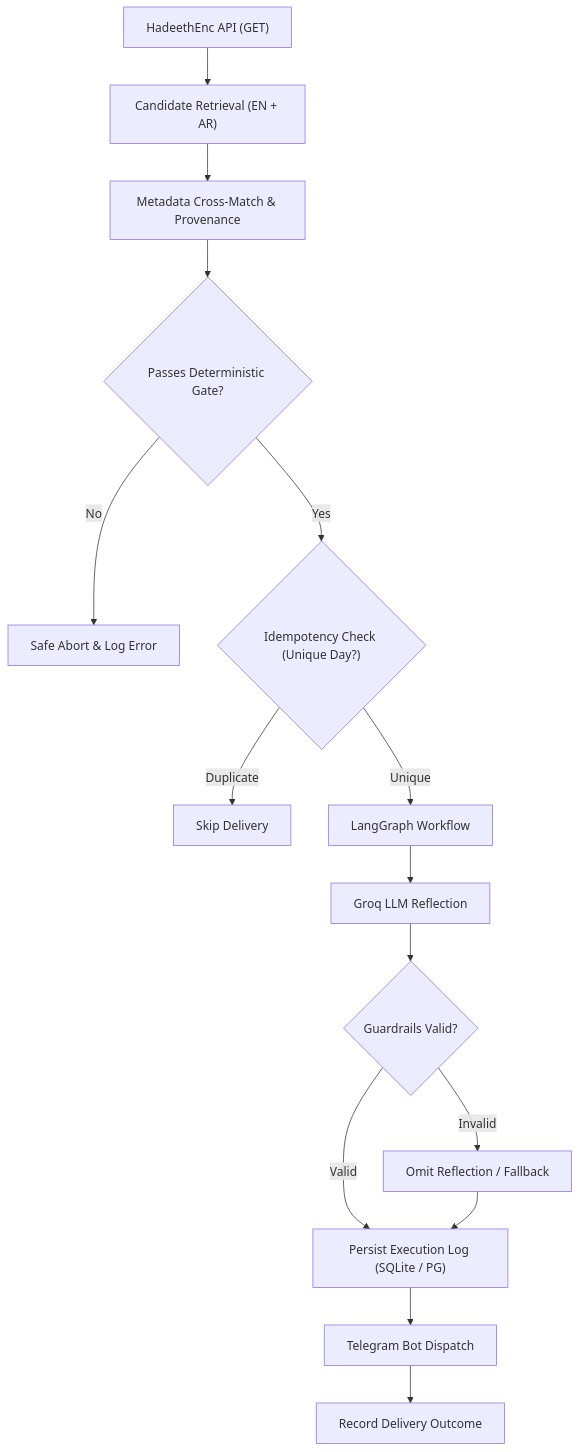
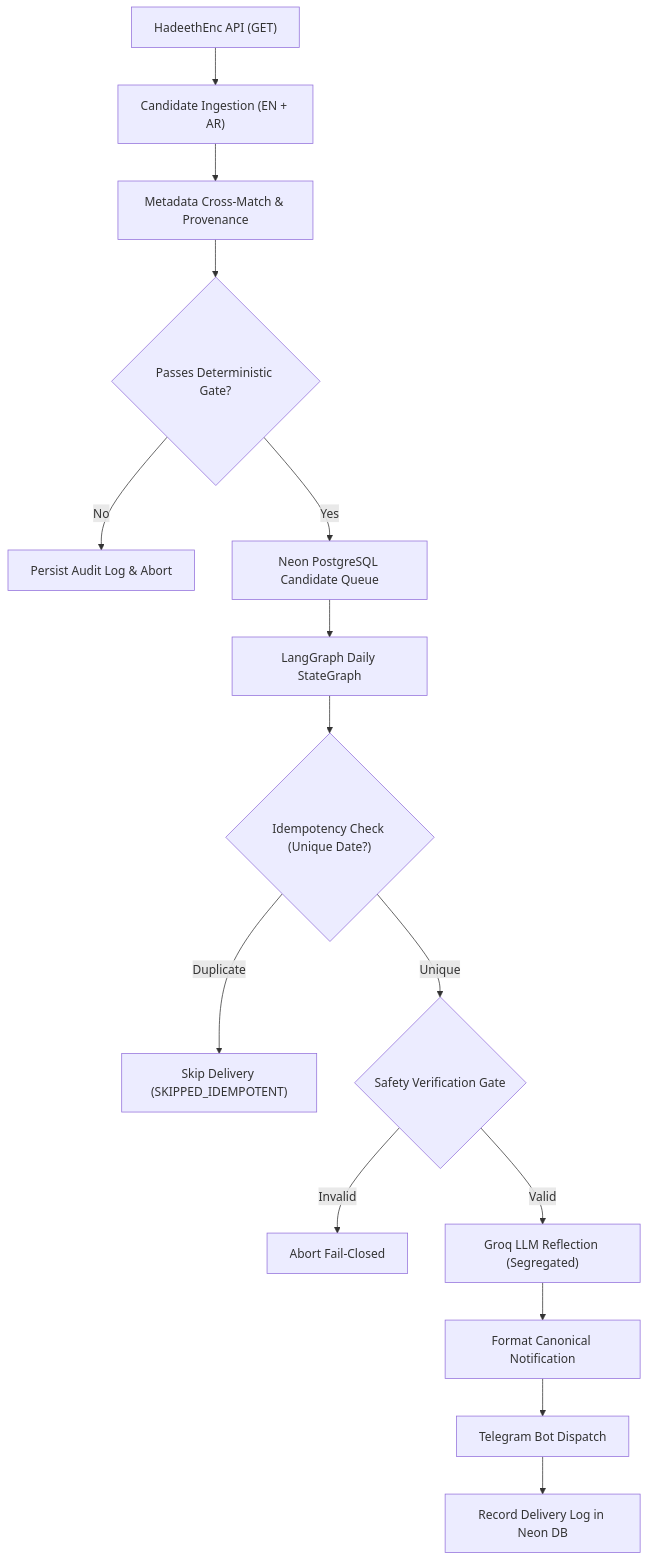
Before and after one commit to Amankhan1009/daily-hadith-ai-agent: the diagram in README.md, drawn with Mermaid. The commit also changed other lines of this file and 6 other files, not shown here.

````diff
--- a/README.md
+++ b/README.md
@@ -22,22 +28,22 @@
 ```mermaid
 flowchart TD
-    API["HadeethEnc API (GET)"] --> Fetch["Candidate Retrieval (EN + AR)"]
+    API["HadeethEnc API (GET)"] --> Fetch["Candidate Ingestion (EN + AR)"]
     Fetch --> Match["Metadata Cross-Match & Provenance"]
     Match --> Gate{"Passes Deterministic Gate?"}
     
-    Gate -- No --> Abort["Safe Abort & Log Error"]
-    Gate -- Yes --> Idemp{"Idempotency Check (Unique Day?)"}
+    Gate -- No --> Abort["Persist Audit Log & Abort"]
+    Gate -- Yes --> DB["Neon PostgreSQL Candidate Queue"]
     
-    Idemp -- Duplicate --> Skip["Skip Delivery"]
-    Idemp -- Unique --> LG["LangGraph Workflow"]
+    DB --> LG["LangGraph Daily StateGraph"]
+    LG --> Idemp{"Idempotency Check (Unique Date?)"}
     
-    LG --> LLM["Groq LLM Reflection"]
-    LLM --> Guard{"Guardrails Valid?"}
+    Idemp -- Duplicate --> Skip["Skip Delivery (SKIPPED_IDEMPOTENT)"]
+    Idemp -- Unique --> SafeGate{"Safety Verification Gate"}
     
-    Guard -- Invalid --> Fallback["Omit Reflection / Fallback"]
-    Guard -- Valid --> DB["Persist Execution Log (SQLite / PG)"]
-    Fallback --> DB
+    SafeGate -- Invalid --> SafeAbort["Abort Fail-Closed"]
+    SafeGate -- Valid --> LLM["Groq LLM Reflection (Segregated)"]
     
-    DB --> TG["Telegram Bot Dispatch"]
-    TG --> Status["Record Delivery Outcome"]
+    LLM --> Format["Format Canonical Notification"]
+    Format --> TG["Telegram Bot Dispatch"]
+    TG --> Record["Record Delivery Log in Neon DB"]
 ```
````
